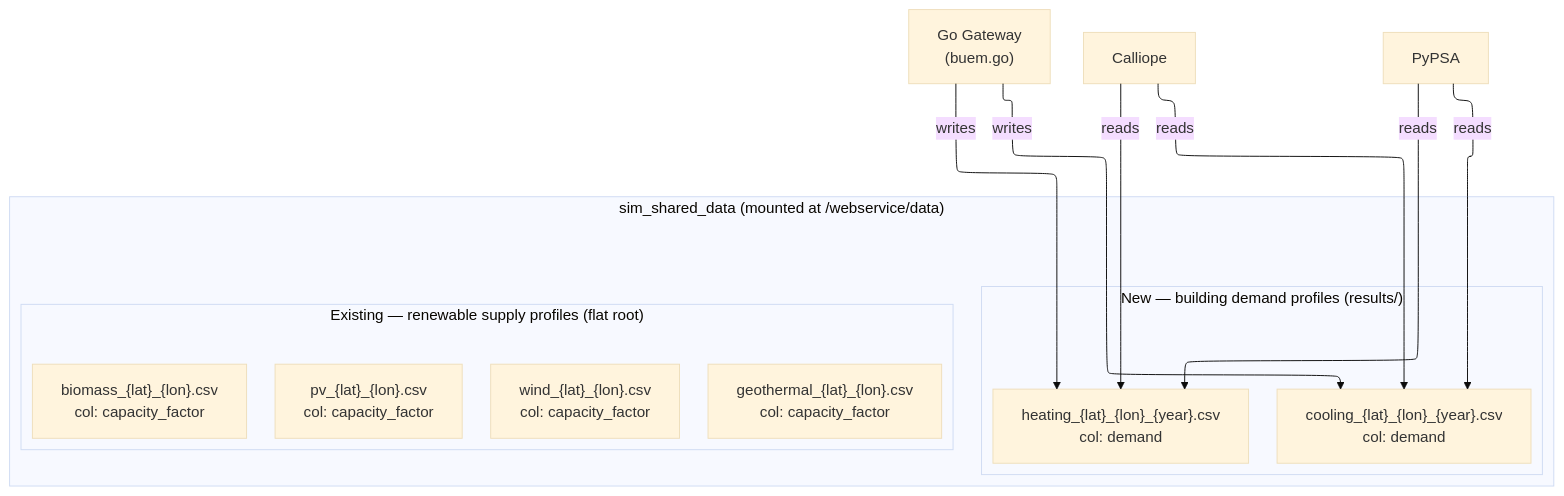
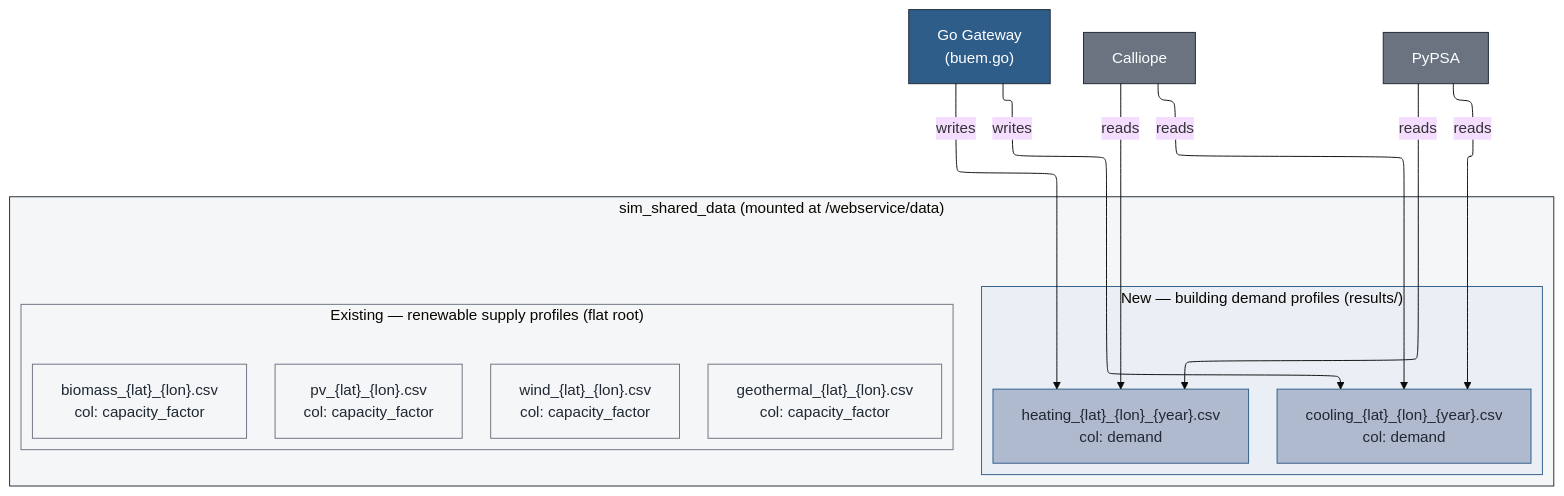
Before and after one commit to enerplanet/buem-gateway: the diagram in docs/assets/diagrams/docker-vol-layout/docker-vol-layout.mmd, drawn with Mermaid (base theme). The commit also changed 19 other files, not shown here.

Commit message:
fix: correct typo in data transformation diagram path in integration architecture documentation

```diff
--- a/docs/assets/diagrams/docker-vol-layout/docker-vol-layout.mmd
+++ b/docs/assets/diagrams/docker-vol-layout/docker-vol-layout.mmd
@@ -1,27 +1,41 @@
 ---
 config:
   layout: elk
 ---
 flowchart TD
     subgraph VOL["sim_shared_data  (mounted at /webservice/data)"]
         direction TB
 
         subgraph EXISTING["Existing — renewable supply profiles (flat root)"]
             PV["pv_{lat}_{lon}.csv\ncol: capacity_factor"]
             WIND["wind_{lat}_{lon}.csv\ncol: capacity_factor"]
             BIO["biomass_{lat}_{lon}.csv\ncol: capacity_factor"]
             GEO["geothermal_{lat}_{lon}.csv\ncol: capacity_factor"]
         end
 
         subgraph NEW["New — building demand profiles (results/)"]
             HT["heating_{lat}_{lon}_{year}.csv\ncol: demand"]
             CL["cooling_{lat}_{lon}_{year}.csv\ncol: demand"]
         end
     end
 
     GW["Go Gateway\n(buem.go)"] -->|"writes"| HT
     GW -->|"writes"| CL
     CAL["Calliope"] -->|"reads"| HT
     CAL -->|"reads"| CL
     PYPSA["PyPSA"] -->|"reads"| HT
     PYPSA -->|"reads"| CL
+
+    classDef gateway  fill:#2f5d8a,stroke:#1f2933,color:#ffffff
+    classDef consumer fill:#6b7280,stroke:#1f2933,color:#ffffff
+    classDef existing fill:#f5f6f7,stroke:#6b7280,color:#1f2933
+    classDef newfile  fill:#b0bacf,stroke:#2f5d8a,color:#1f2933
+
+    class GW gateway
+    class CAL,PYPSA consumer
+    class PV,WIND,BIO,GEO existing
+    class HT,CL newfile
+
+    style VOL      fill:#f5f6f7,stroke:#1f2933
+    style EXISTING fill:#f5f6f7,stroke:#6b7280
+    style NEW      fill:#eaeff5,stroke:#2f5d8a
```
